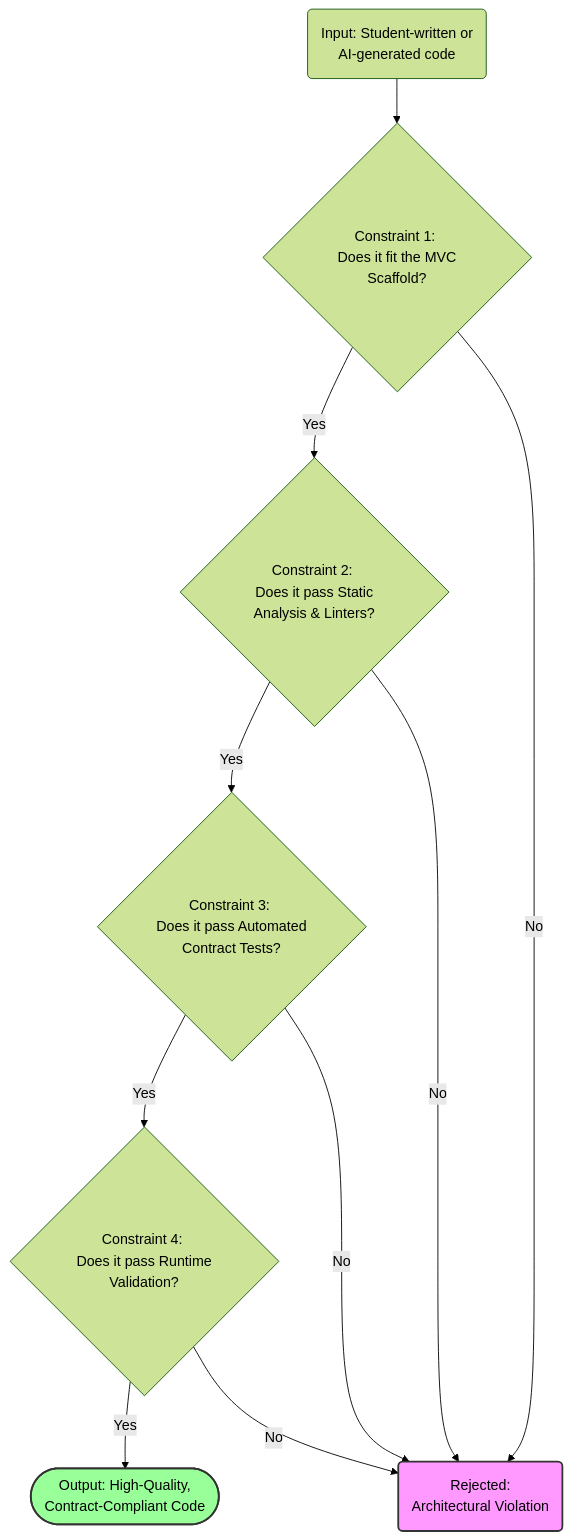
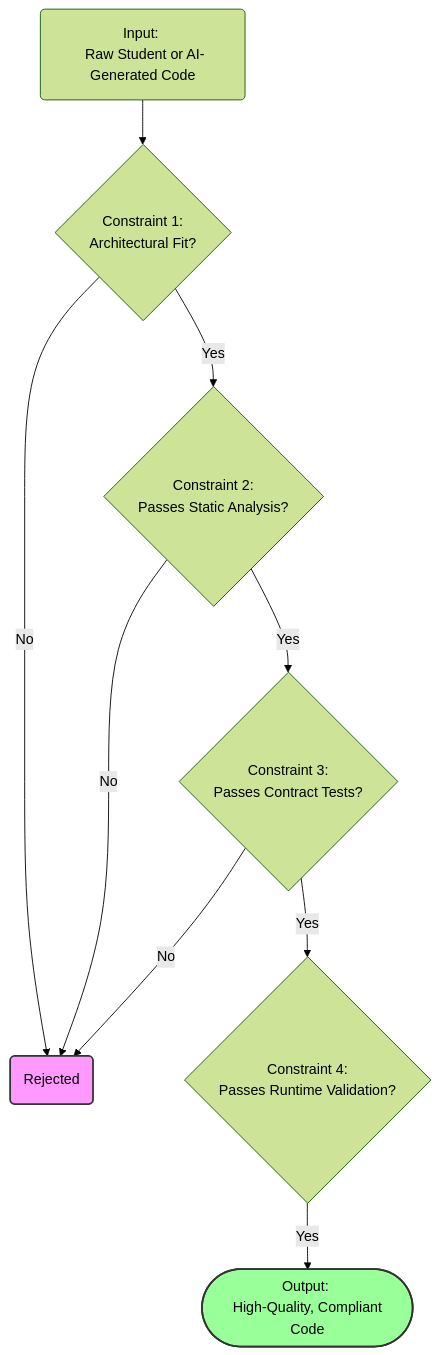
One commit to se-guru/diagrams changed the third of 3 diagrams in diagrams.md. Above: the diagram before and after it, drawn with Mermaid (forest theme). The commit also changed other lines of this file, not shown here.

````diff
--- a/diagrams.md
+++ b/diagrams.md
@@ -105,20 +62,19 @@
 ```mermaid
 graph TD
-    A(Input: Student-written or <br> AI-generated code);
+    A(Input: <br> Raw Student or AI-Generated Code);
 
-    A --> B{Constraint 1: <br> Does it fit the MVC Scaffold?};
-    B -- Yes --> C{Constraint 2: <br> Does it pass Static Analysis & Linters?};
-    B -- No --> Z(Rejected: <br> Architectural Violation);
+    A --> B{Constraint 1: <br> Architectural Fit?};
+    B -- Yes --> C{Constraint 2: <br> Passes Static Analysis?};
+    B -- No --> Z(Rejected);
     
-    C -- Yes --> D{Constraint 3: <br> Does it pass Automated Contract Tests?};
+    C -- Yes --> D{Constraint 3: <br> Passes Contract Tests?};
     C -- No --> Z;
 
-    D -- Yes --> E{Constraint 4: <br> Does it pass Runtime Validation?};
+    D -- Yes --> E{Constraint 4: <br> Passes Runtime Validation?};
     D -- No --> Z;
 
-    E -- Yes --> F([Output: High-Quality, <br> Contract-Compliant Code]);
-    E -- No --> Z;
+    E -- Yes --> F([Output: <br> High-Quality, Compliant Code]);
 
     style Z fill:#f9f,stroke:#333,stroke-width:2px;
     style F fill:#9f9,stroke:#333,stroke-width:2px;
 ```
````
